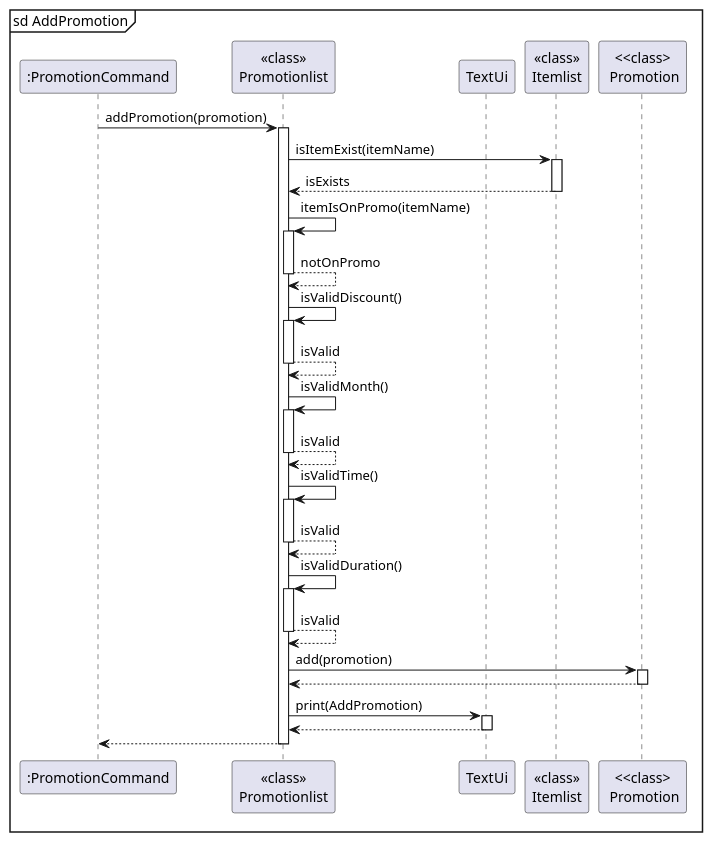
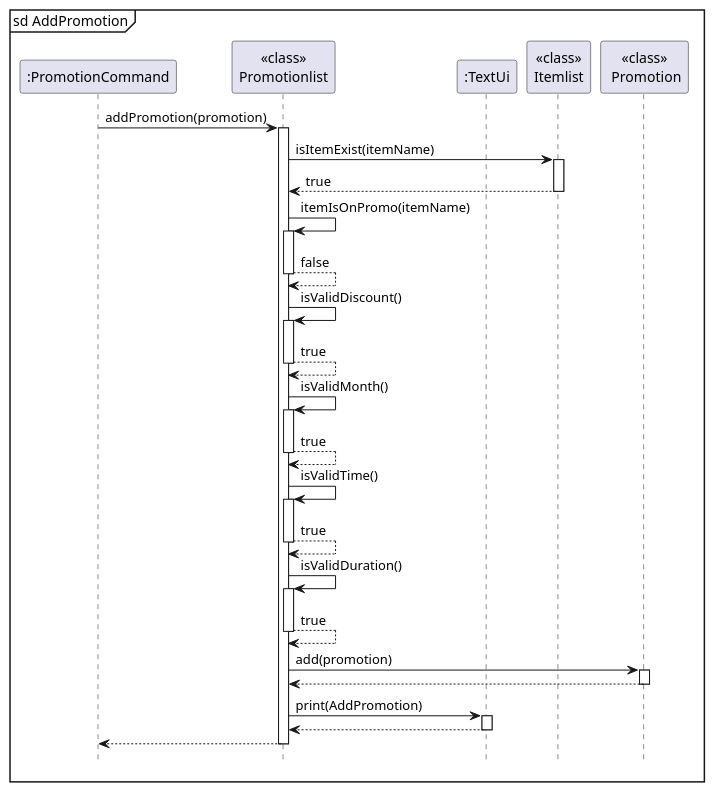
Before and after one commit to LowTL/tp: the diagram in docs/Diagrams/PUML files/AddPromotion.puml, drawn with PlantUML. The commit also changed 10 other files, not shown here.

```diff
--- a/docs/Diagrams/PUML files/AddPromotion.puml
+++ b/docs/Diagrams/PUML files/AddPromotion.puml
@@ -1,32 +1,33 @@
 @startuml
 'https://plantuml.com/sequence-diagram
 
 mainframe sd AddPromotion
 autoactivate on
 
 participant ":PromotionCommand" as PromotionCommand
 participant "<<class>>\nPromotionlist" as Promotionlist
-participant TextUi
+participant ":TextUi" as TextUi
 participant "<<class>>\nItemlist" as Itemlist
-participant "<<class>\n Promotion" as Promotion
+participant "<<class>>\n Promotion" as Promotion
 
 PromotionCommand -> Promotionlist : addPromotion(promotion)
 Promotionlist -> Itemlist : isItemExist(itemName)
-Itemlist --> Promotionlist : isExists
+Itemlist --> Promotionlist : true
 Promotionlist -> Promotionlist : itemIsOnPromo(itemName)
-return notOnPromo
+return false
 Promotionlist -> Promotionlist : isValidDiscount()
-return isValid
+return true
 Promotionlist -> Promotionlist : isValidMonth()
-return isValid
+return true
 Promotionlist -> Promotionlist : isValidTime()
-return isValid
+return true
 Promotionlist -> Promotionlist : isValidDuration()
-return isValid
+return true
 Promotionlist -> Promotion : add(promotion)
 Promotion --> Promotionlist
 Promotionlist -> TextUi : print(AddPromotion)
 TextUi --> Promotionlist
 Promotionlist --> PromotionCommand
 
+hide footbox
 @enduml
```
